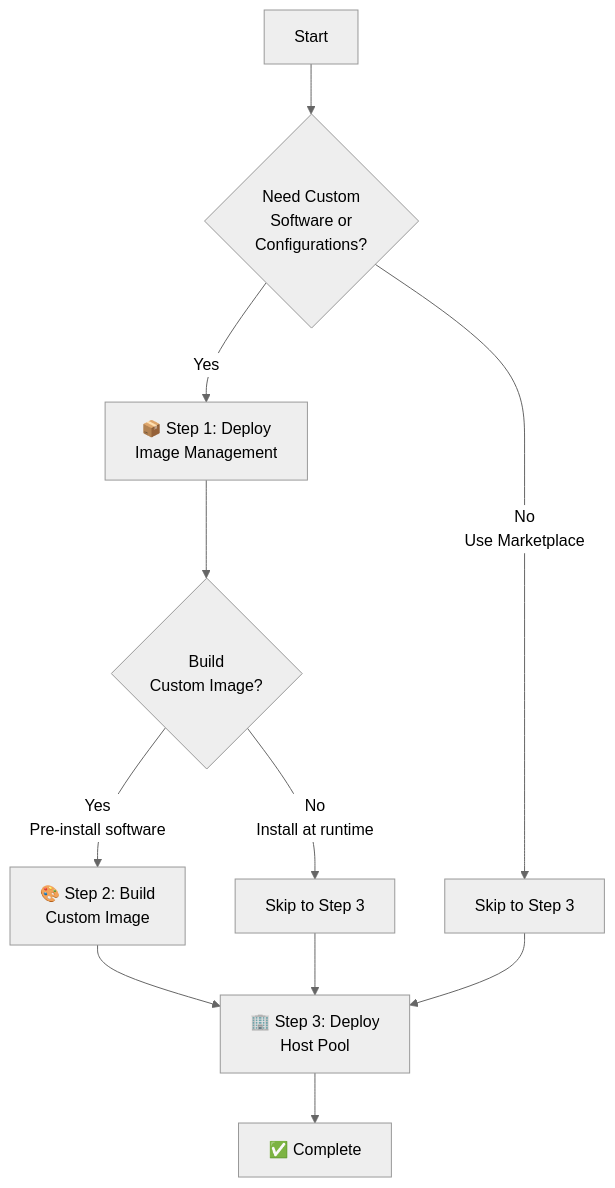
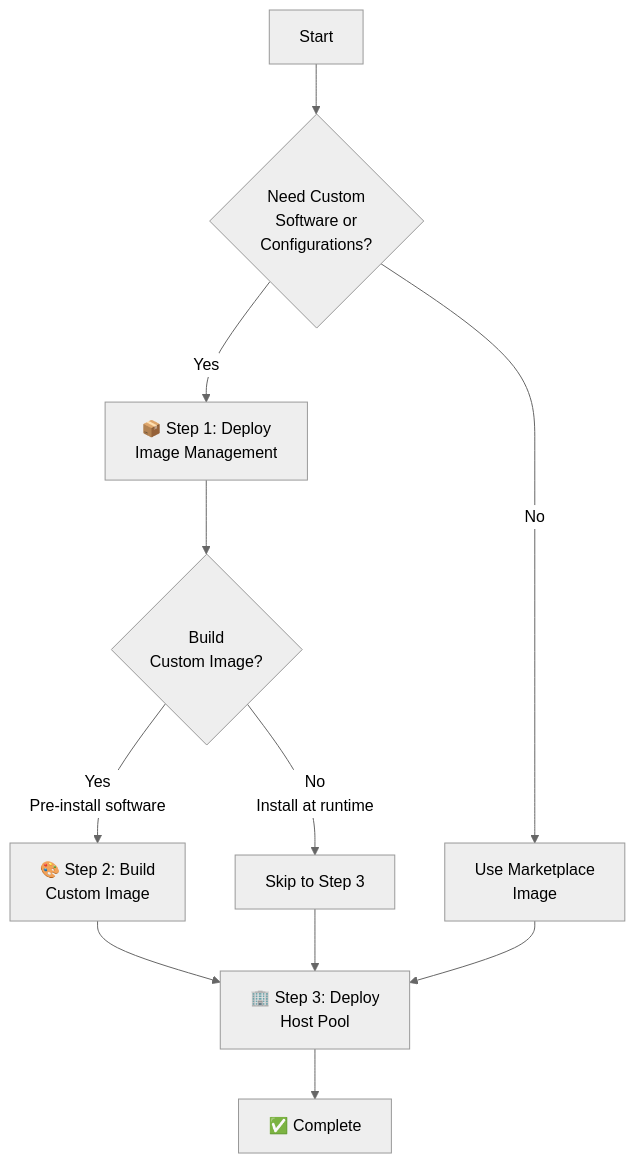
One commit to Azure/FederalAVD changed the diagram in docs/quickStart.md. Above: the diagram before and after it, drawn with Mermaid (neutral theme).

Commit message:
fixed mermaid

````diff
--- a/docs/quickStart.md
+++ b/docs/quickStart.md
@@ -11,13 +11,13 @@
 ```mermaid
 graph TD
     A[Start] --> B{Need Custom<br/>Software or<br/>Configurations?}
     B -->|Yes| C[📦 Step 1: Deploy<br/>Image Management]
-    B -->|No<br/>Use Marketplace| D[Skip to Step 3]
+    B -->|No| D[Use Marketplace<br/>Image]
     C --> E{Build<br/>Custom Image?}
     E -->|Yes<br/>Pre-install software| F[🎨 Step 2: Build<br/>Custom Image]
     E -->|No<br/>Install at runtime| G[Skip to Step 3]
     F --> H[🏢 Step 3: Deploy<br/>Host Pool]
     G --> H
     D --> H
     H --> I[✅ Complete]
 ```
````
